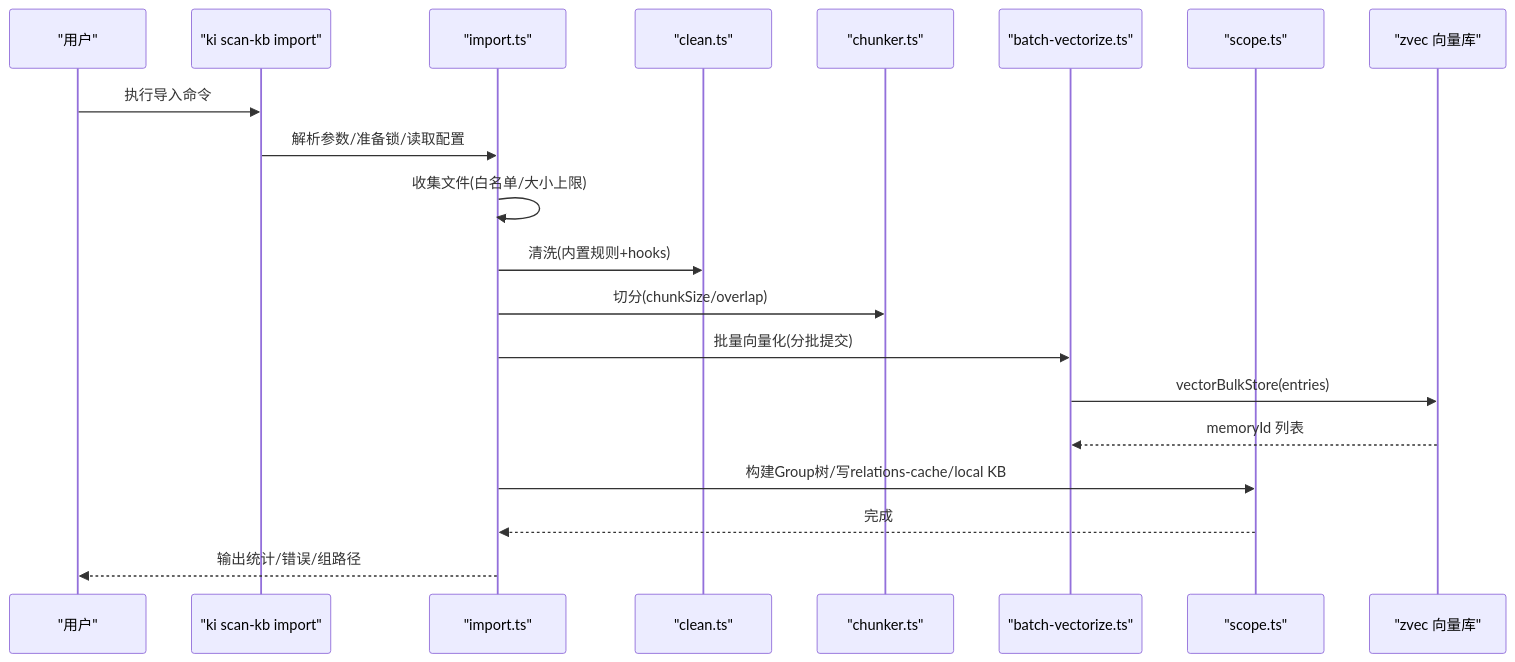
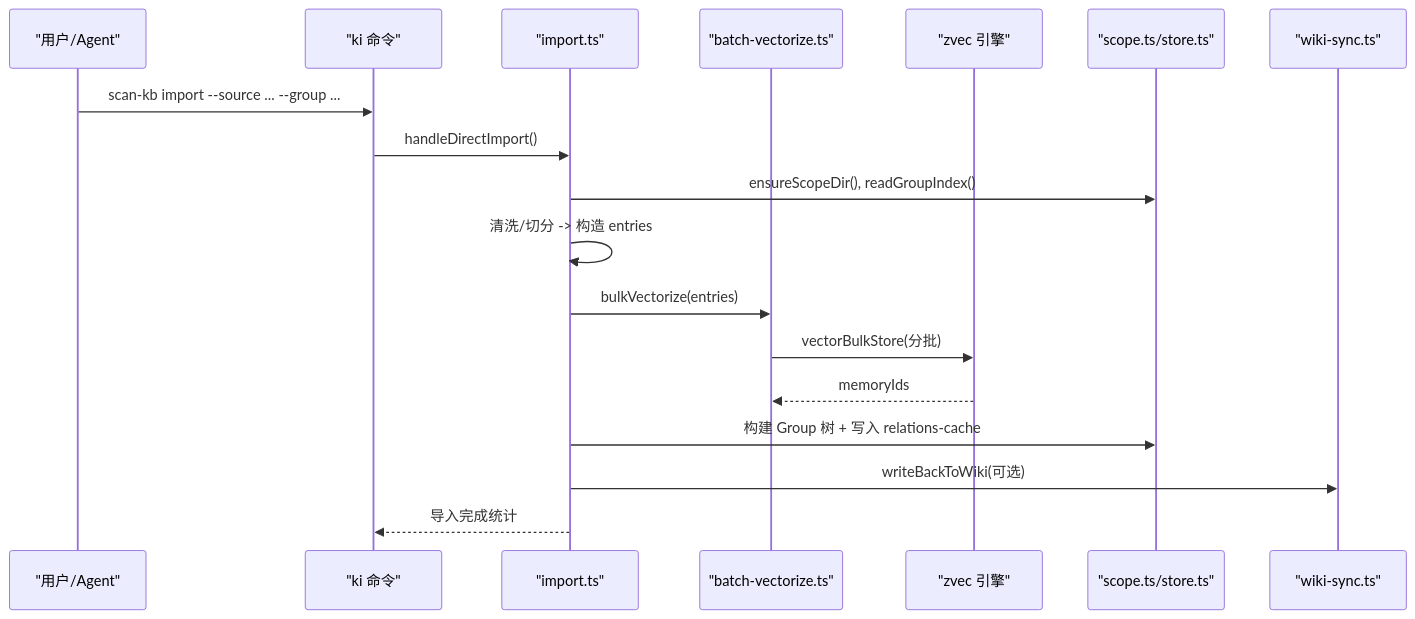
Before and after one commit to HACK-WU/kisearch: the second of 6 diagrams in .qoder/repowiki/zh/content/知识库管理/知识库管理.md, drawn with Mermaid. The commit also changed other lines of this file and 623 other files, not shown here.

````diff
--- a/.qoder/repowiki/zh/content/知识库管理/知识库管理.md
+++ b/.qoder/repowiki/zh/content/知识库管理/知识库管理.md
@@ -85,22 +94,20 @@
 ```mermaid
 sequenceDiagram
-participant U as "用户"
-participant CLI as "ki scan-kb import"
+participant U as "用户/Agent"
+participant CLI as "ki 命令"
 participant IMP as "import.ts"
-participant CLN as "clean.ts"
-participant CHK as "chunker.ts"
 participant VEC as "batch-vectorize.ts"
-participant SCO as "scope.ts"
-participant ZV as "zvec 向量库"
-U->>CLI : 执行导入命令
-CLI->>IMP : 解析参数/准备锁/读取配置
-IMP->>IMP : 收集文件(白名单/大小上限)
-IMP->>CLN : 清洗(内置规则+hooks)
-IMP->>CHK : 切分(chunkSize/overlap)
-IMP->>VEC : 批量向量化(分批提交)
-VEC->>ZV : vectorBulkStore(entries)
-ZV-->>VEC : memoryId 列表
-IMP->>SCO : 构建Group树/写relations-cache/local KB
-SCO-->>IMP : 完成
-IMP-->>U : 输出统计/错误/组路径
+participant Z as "zvec 引擎"
+participant SCOPE as "scope.ts/store.ts"
+participant WIKI as "wiki-sync.ts"
+U->>CLI : scan-kb import --source ... --group ...
+CLI->>IMP : handleDirectImport()
+IMP->>SCOPE : ensureScopeDir(), readGroupIndex()
+IMP->>IMP : 清洗/切分 -> 构造 entries
+IMP->>VEC : bulkVectorize(entries)
+VEC->>Z : vectorBulkStore(分批)
+Z-->>VEC : memoryIds
+IMP->>SCOPE : 构建 Group 树 + 写入 relations-cache
+IMP->>WIKI : writeBackToWiki(可选)
+IMP-->>CLI : 导入完成统计
 ```
````
